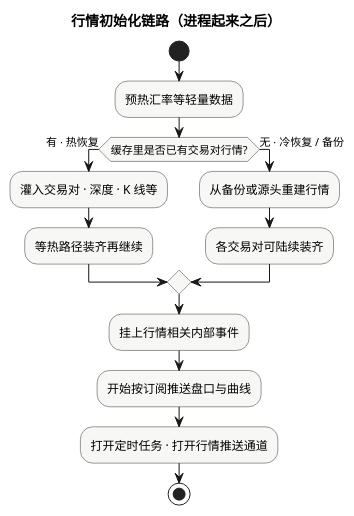
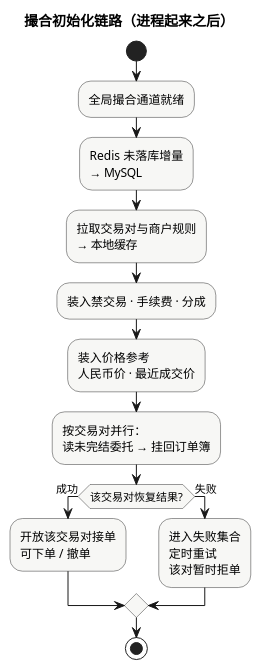
One commit to bridgehsu/tgex.net changed the diagram in docs/07.现货手册/05.核心流程/design/0501-01.plantuml. Above: the diagram before and after it, drawn with PlantUML. The commit also changed 39 other files, not shown here.

First line of the commit message:
Rewrite place/cancel flows as sequence docs and reorder core flow pages.

```diff
--- a/docs/07.现货手册/05.核心流程/design/0501-01.plantuml
+++ b/docs/07.现货手册/05.核心流程/design/0501-01.plantuml
@@ -1,24 +1,23 @@
-@startuml 行情初始化链路
+@startuml 撮合初始化链路
 skinparam shadowing false
 skinparam ActivityBorderColor #333
 skinparam ActivityBackgroundColor #F7F7F5
 
-title 行情初始化链路（进程起来之后）
+title 撮合初始化链路（进程起来之后）
 
 start
-:预热汇率等轻量数据;
+:全局撮合通道就绪;
+:Redis 未落库增量\n→ MySQL;
+:拉取交易对与商户规则\n→ 本地缓存;
+:装入禁交易 · 手续费 · 分成;
+:装入价格参考\n人民币价 · 最近成交价;
+:按交易对并行：\n读未完结委托 → 挂回订单簿;
 
-if (缓存里是否已有交易对行情?) then (有 · 热恢复)
-  :灌入交易对 · 深度 · K 线等;
-  :等热路径装齐再继续;
-else (无 · 冷恢复 / 备份)
-  :从备份或源头重建行情;
-  :各交易对可陆续装齐;
+if (该交易对恢复结果?) then (成功)
+  :开放该交易对接单\n可下单 / 撤单;
+else (失败)
+  :进入失败集合\n定时重试\n该对暂时拒单;
 endif
-
-:挂上行情相关内部事件;
-:开始按订阅推送盘口与曲线;
-:打开定时任务 · 打开行情推送通道;
 
 stop
 @enduml
```
